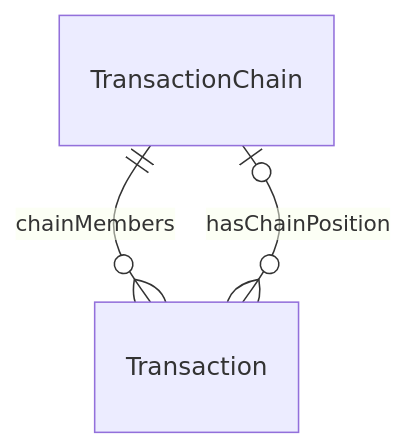
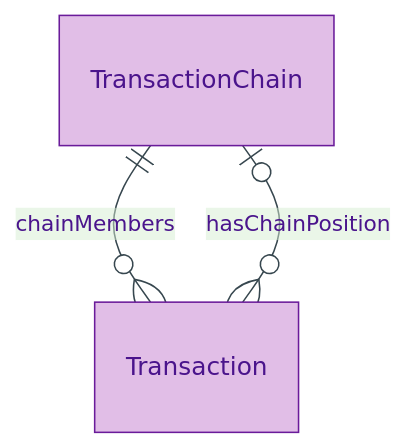
The diagram in docs/manual/logical/transaction/transaction-chain.md (sparkling/opda), drawn with Mermaid before and after one commit. The commit also changed other lines of this file and 179 other files, not shown here.

First line of the commit message:
docs(manual): Logical-tier diagram expansion via /diagramming skill

````diff
--- a/docs/manual/logical/transaction/transaction-chain.md
+++ b/docs/manual/logical/transaction/transaction-chain.md
@@ -33,5 +38,9 @@
 ```mermaid
+%%{init: {"theme": "base", "themeVariables": {"primaryColor": "#E1BEE7", "primaryTextColor": "#4A148C", "primaryBorderColor": "#6A1B9A", "lineColor": "#37474F"}}}%%
 erDiagram
+    accTitle: TransactionChain — Entity-Relationship Diagram
+    accDescr: Direct-neighbour view of TransactionChain Aggregate — chainMembers list with inverse hasChainPosition on each member Transaction.
+
     TransactionChain ||--o{ Transaction : "chainMembers"
     Transaction }o--o| TransactionChain : "hasChainPosition"
 ```
````
